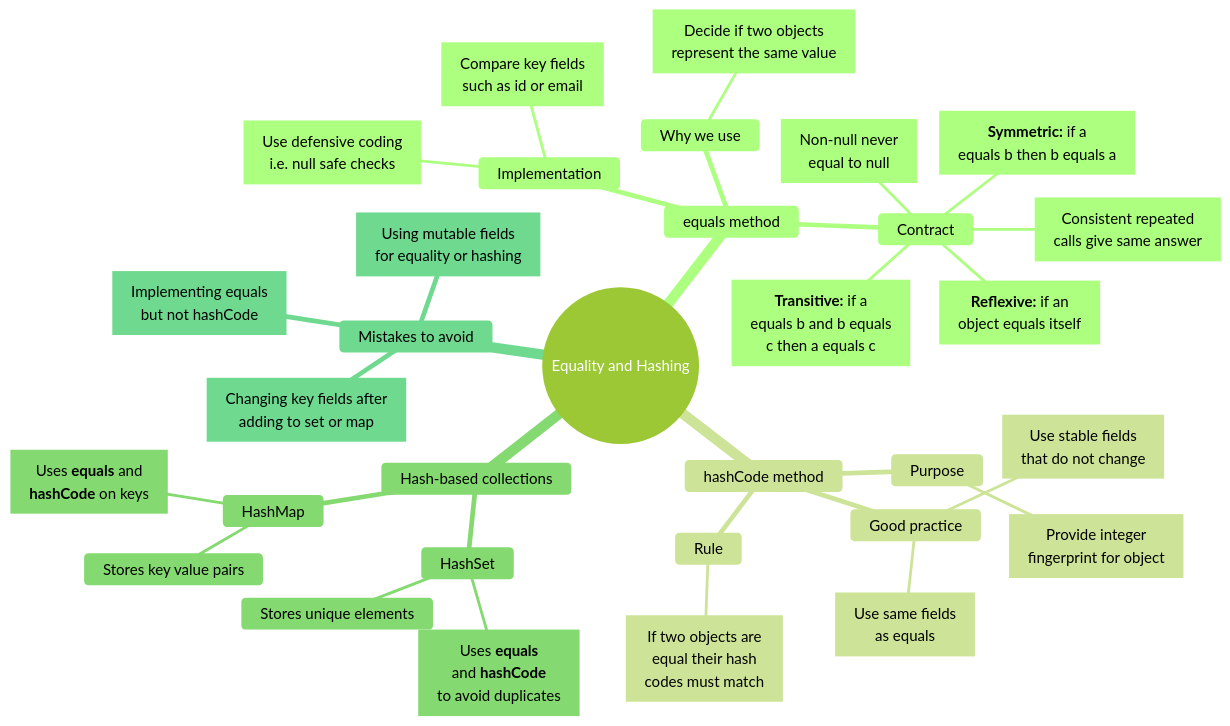
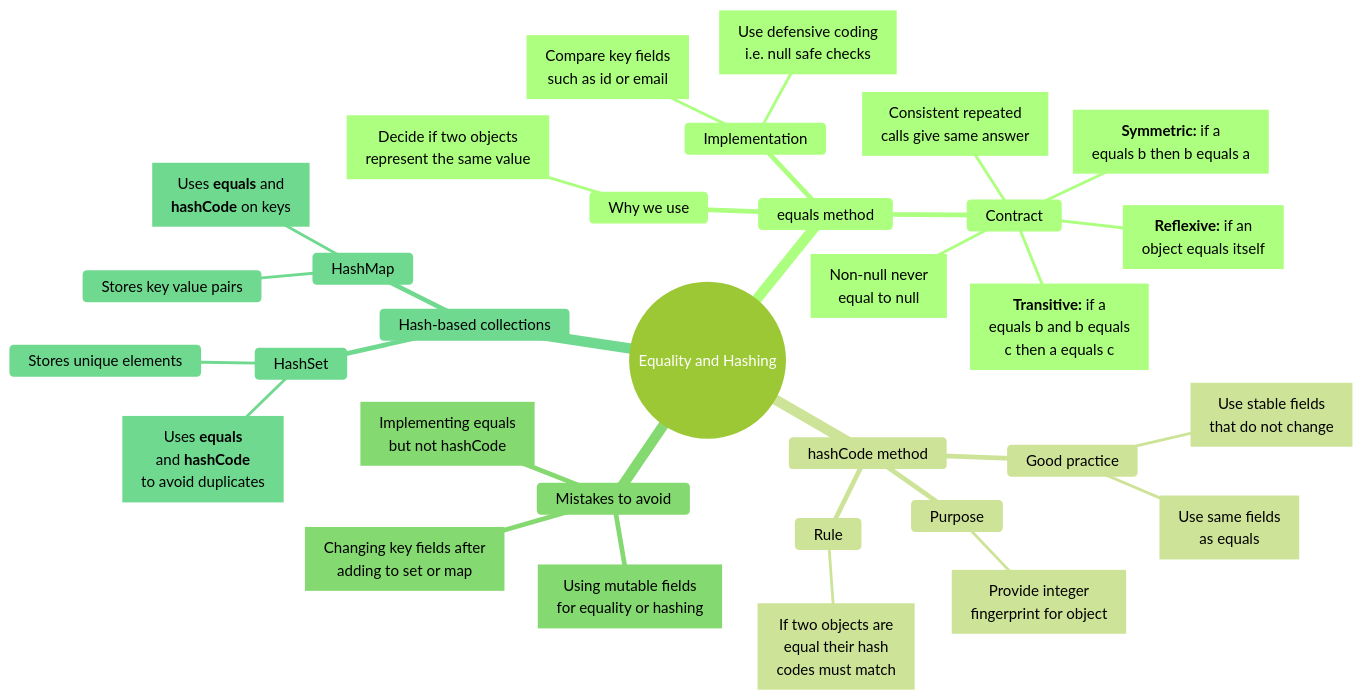
The fifth of 10 diagrams in notes/shared/mind maps/revision_t00_t09.md (nmcguinness/L8-OOP-Module-Content), drawn with Mermaid before and after one commit. The commit also changed other lines of this file and 4 other files, not shown here.

Commit message:
fixed mindmap label truncation and added admonitions test

````diff
--- a/notes/shared/mind maps/revision_t00_t09.md
+++ b/notes/shared/mind maps/revision_t00_t09.md
@@ -553,63 +553,63 @@
 ```mermaid
 ---
 title: "Equality and Hashing"
 accDescr: "Mind map of Equality and Hashing. Branches: equals method; hashCode method; Hash-based collections; Mistakes to avoid."
 ---
 %%{init: { "theme": "forest", "markdownAutoWrap": false, "mindmap": { "maxNodeWidth": 300 } }}%%
 mindmap
   root((Equality and Hashing))
     equals method
       Why we use
         n1["`Decide if two objects
         represent the same value`"]
       Contract
         n2["`**Reflexive:** if an
         object equals itself`"]
         n3["`**Symmetric:** if a
         equals b then b equals a`"]
         n4["`**Transitive:** if a
         equals b and b equals
         c then a equals c`"]
         n5["`Consistent repeated
         calls give same answer`"]
         n6["`Non-null never
         equal to null`"]
       Implementation
         n7["`Compare key fields
         such as id or email`"]
         n8["`Use defensive coding
         i.e. null safe checks`"]
 
     hashCode method
       Purpose
         n9["`Provide integer
         fingerprint for object`"]
       Rule
         n10["`If two objects are
         equal their hash
         codes must match`"]
       Good practice
         n11["`Use same fields
         as equals`"]
         n12["`Use stable fields
         that do not change`"]
 
+    Mistakes to avoid
+      n15["`Implementing equals
+      but not hashCode`"]
+      n16["`Using mutable fields
+      for equality or hashing`"]
+      n17["`Changing key fields after
+      adding to set or map`"]
+
     Hash-based collections
       HashSet
         Stores unique elements
         n13["`Uses **equals**
         and **hashCode**
         to avoid duplicates`"]
       HashMap
         Stores key value pairs
         n14["`Uses **equals** and
         **hashCode** on keys`"]
-
-    Mistakes to avoid
-      n15["`Implementing equals
-      but not hashCode`"]
-      n16["`Using mutable fields
-      for equality or hashing`"]
-      n17["`Changing key fields after
-      adding to set or map`"]
 ```
````
